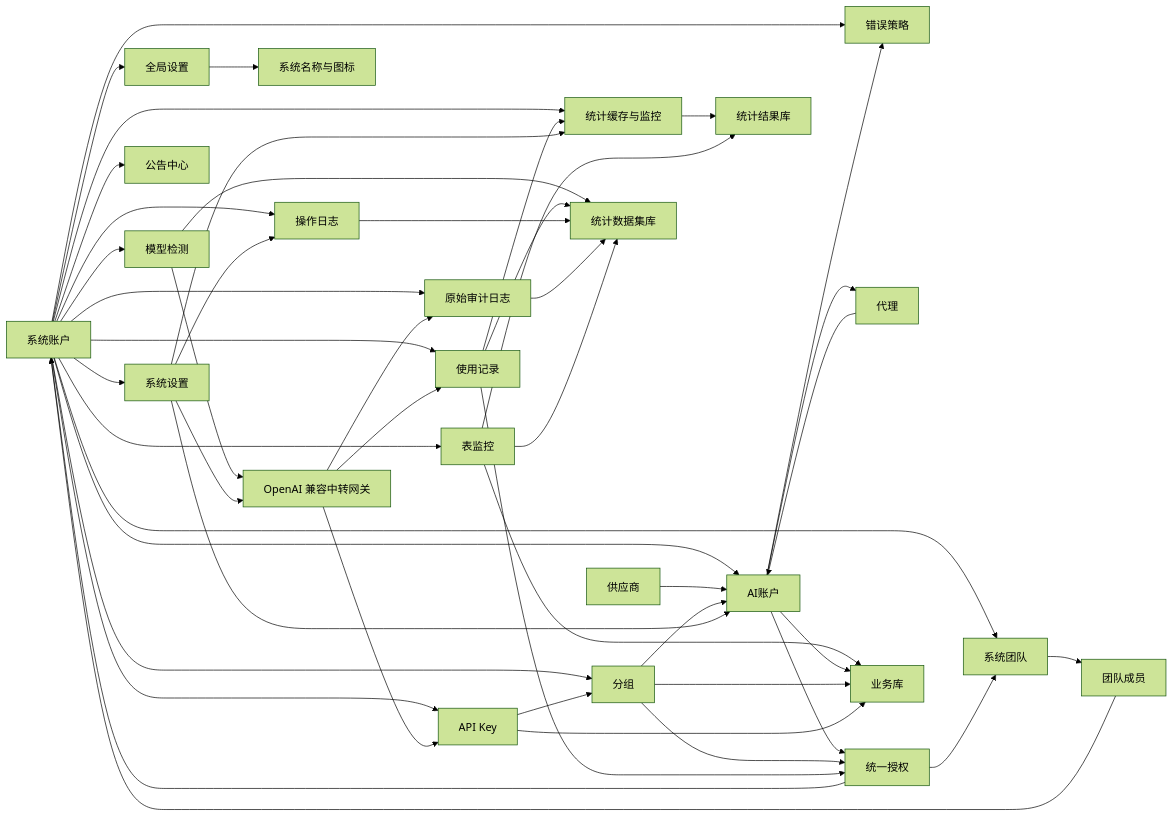
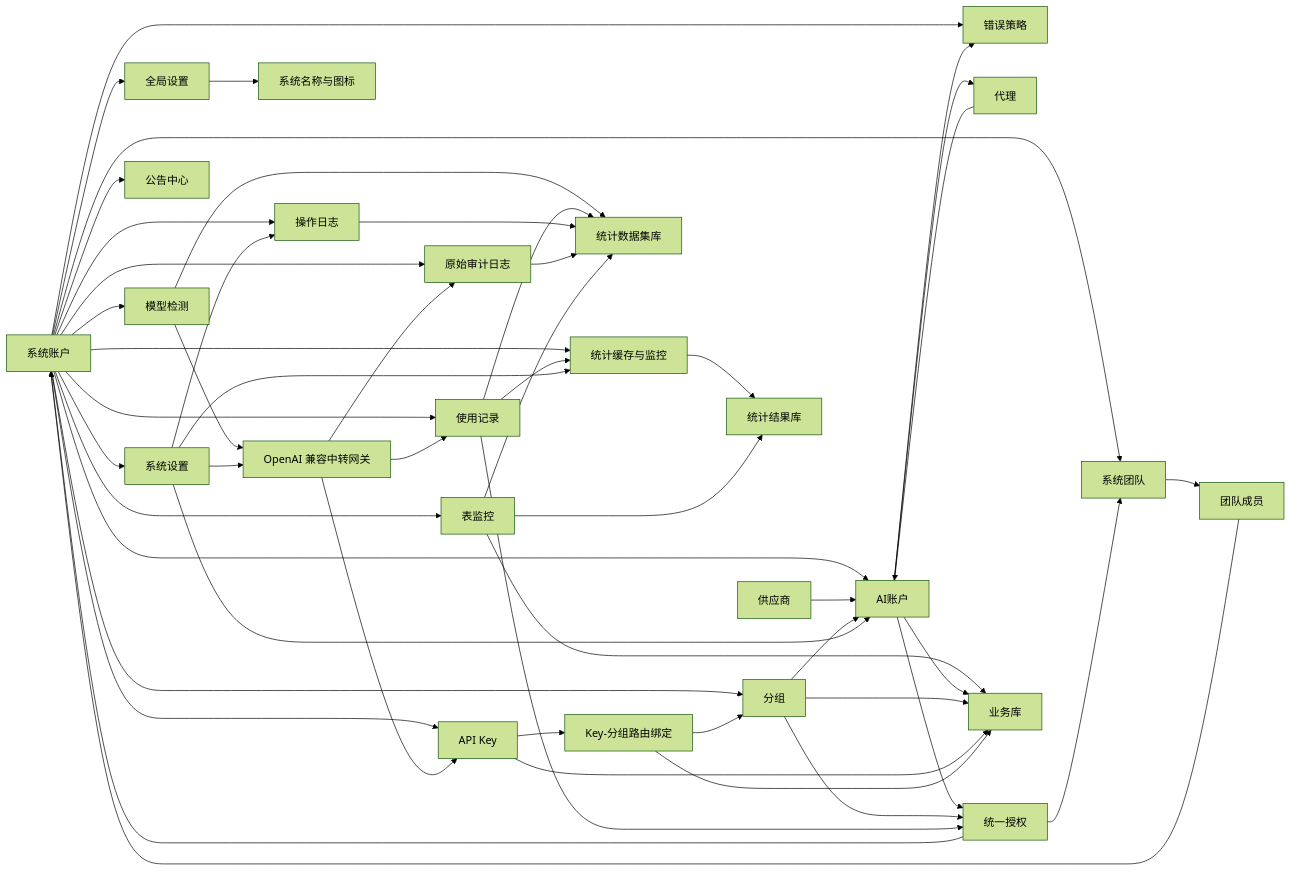
Before and after one commit to huanmin123/juhe-ai: the diagram in docs/architecture/架构总览.md, drawn with Mermaid (forest theme). The commit also changed other lines of this file and 69 other files, not shown here.

````diff
--- a/docs/architecture/架构总览.md
+++ b/docs/architecture/架构总览.md
@@ -67,51 +67,53 @@
 ```mermaid
 flowchart LR
   SystemAccount["系统账户"] --> GlobalSettings["全局设置"]
   SystemAccount --> SystemSettings["系统设置"]
   SystemAccount --> SystemTeam["系统团队"]
   SystemTeam --> TeamMember["团队成员"]
   TeamMember --> SystemAccount
   SystemAccount --> AIAccount["AI账户"]
   SystemAccount --> Group["分组"]
   SystemAccount --> APIKey["API Key"]
   SystemAccount --> ModelCheck["模型检测"]
   SystemAccount --> Usage["使用记录"]
   SystemAccount --> OperationLog["操作日志"]
   SystemAccount --> AuditLog["原始审计日志"]
   SystemAccount --> Stats["统计缓存与监控"]
   SystemAccount --> TableMonitor["表监控"]
   SystemAccount --> ErrorPolicy["错误策略"]
   SystemAccount --> Announcement["公告中心"]
   GlobalSettings --> AppBrand["系统名称与图标"]
   Provider["供应商"] --> AIAccount
   Proxy["代理"] --> AIAccount
   AIAccount --> Proxy
   AIAccount --> ErrorPolicy
   AIAccount --> ResourceAuthorization["统一授权"]
   Group --> ResourceAuthorization
   ResourceAuthorization --> SystemAccount
   ResourceAuthorization --> SystemTeam
   Group --> AIAccount
-  APIKey --> Group
+  APIKey --> APIKeyGroupBinding["Key-分组路由绑定"]
+  APIKeyGroupBinding --> Group
   ModelCheck --> Gateway
   ModelCheck --> DatasetStore
   Gateway["OpenAI 兼容中转网关"] --> APIKey
   Gateway --> Usage["使用记录"]
   Gateway --> AuditLog
   Usage --> ResourceAuthorization
   Usage --> Stats["统计缓存与监控"]
   Usage --> DatasetStore["统计数据集库"]
   OperationLog --> DatasetStore
   AuditLog --> DatasetStore
   Stats --> StatsStore["统计结果库"]
   TableMonitor --> StatsStore
   TableMonitor --> BusinessStore
   TableMonitor --> DatasetStore
   AIAccount --> BusinessStore["业务库"]
   Group --> BusinessStore
   APIKey --> BusinessStore
+  APIKeyGroupBinding --> BusinessStore
   SystemSettings --> Gateway
   SystemSettings --> OperationLog
   SystemSettings --> AIAccount
   SystemSettings --> Stats
 ```
````
